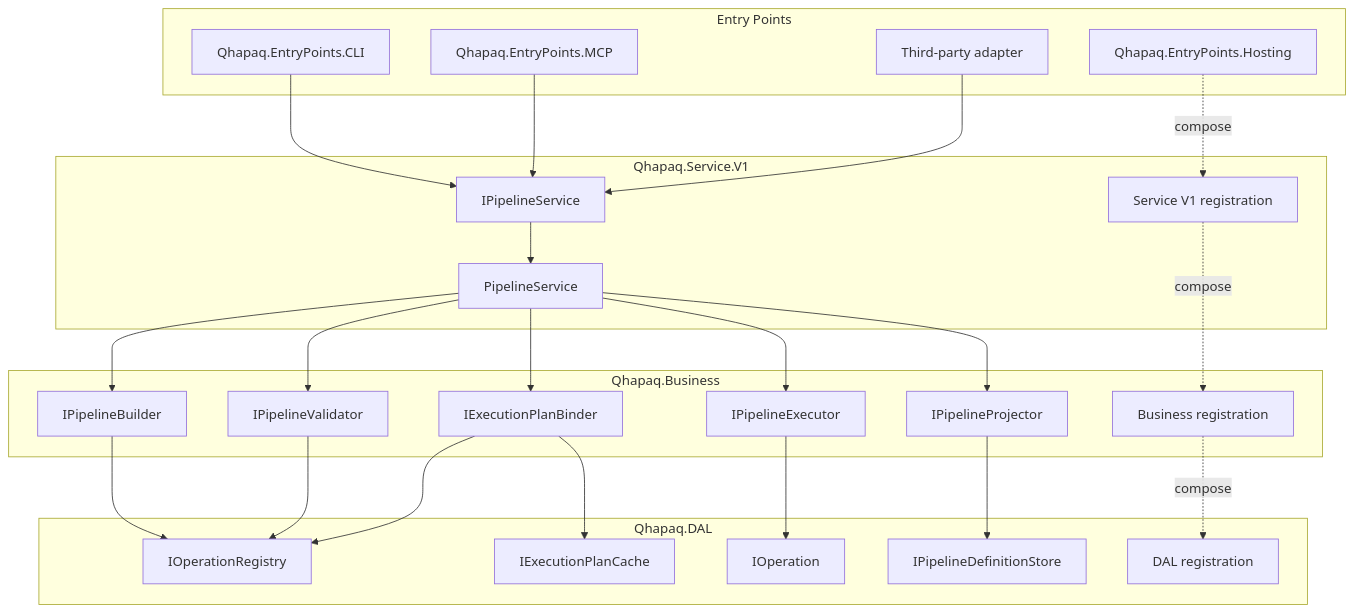
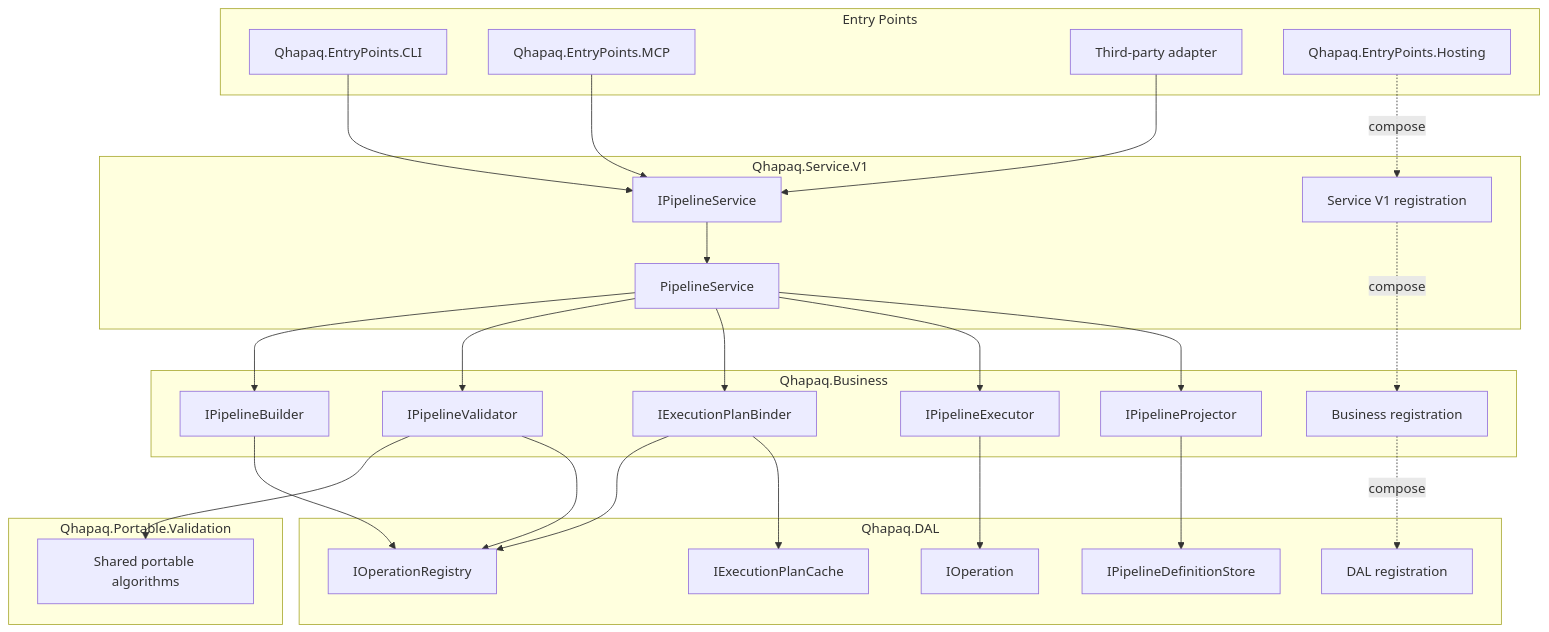
Before and after one commit to mbraude/Qhapaq: the diagram in docs/architecture/diagrams/dotnet-layered-components.mmd, drawn with Mermaid. The commit also changed 10 other files, not shown here.

First line of the commit message:
Define shared portable validation assembly

```diff
--- a/docs/architecture/diagrams/dotnet-layered-components.mmd
+++ b/docs/architecture/diagrams/dotnet-layered-components.mmd
@@ -1,49 +1,54 @@
 flowchart TB
     subgraph SI["Entry Points"]
         CLI["Qhapaq.EntryPoints.CLI"]
         MCP["Qhapaq.EntryPoints.MCP"]
         THIRD["Third-party adapter"]
         HOSTING["Qhapaq.EntryPoints.Hosting"]
     end
 
     subgraph SC["Qhapaq.Service.V1"]
         SCOMP["Service V1 registration"]
         API["IPipelineService"]
         SERVICE["PipelineService"]
     end
 
     subgraph BC["Qhapaq.Business"]
         BCOMP["Business registration"]
         BUILDER["IPipelineBuilder"]
         VALIDATOR["IPipelineValidator"]
         BINDER["IExecutionPlanBinder"]
         EXECUTOR["IPipelineExecutor"]
         PROJECTOR["IPipelineProjector"]
     end
 
+    subgraph PV["Qhapaq.Portable.Validation"]
+        PORTABLE["Shared portable algorithms"]
+    end
+
     subgraph DC["Qhapaq.DAL"]
         DCOMP["DAL registration"]
         REGISTRY["IOperationRegistry"]
         STORE["IPipelineDefinitionStore"]
         CACHE["IExecutionPlanCache"]
         OPERATION["IOperation<TInput,TOutput>"]
     end
 
     CLI --> API
     MCP --> API
     THIRD --> API
     API --> SERVICE
     SERVICE --> BUILDER
     SERVICE --> VALIDATOR
     SERVICE --> BINDER
     SERVICE --> EXECUTOR
     SERVICE --> PROJECTOR
+    VALIDATOR --> PORTABLE
     BUILDER --> REGISTRY
     VALIDATOR --> REGISTRY
     BINDER --> REGISTRY
     BINDER --> CACHE
     EXECUTOR --> OPERATION
     PROJECTOR --> STORE
     HOSTING -. "compose" .-> SCOMP
     SCOMP -. "compose" .-> BCOMP
     BCOMP -. "compose" .-> DCOMP
```
